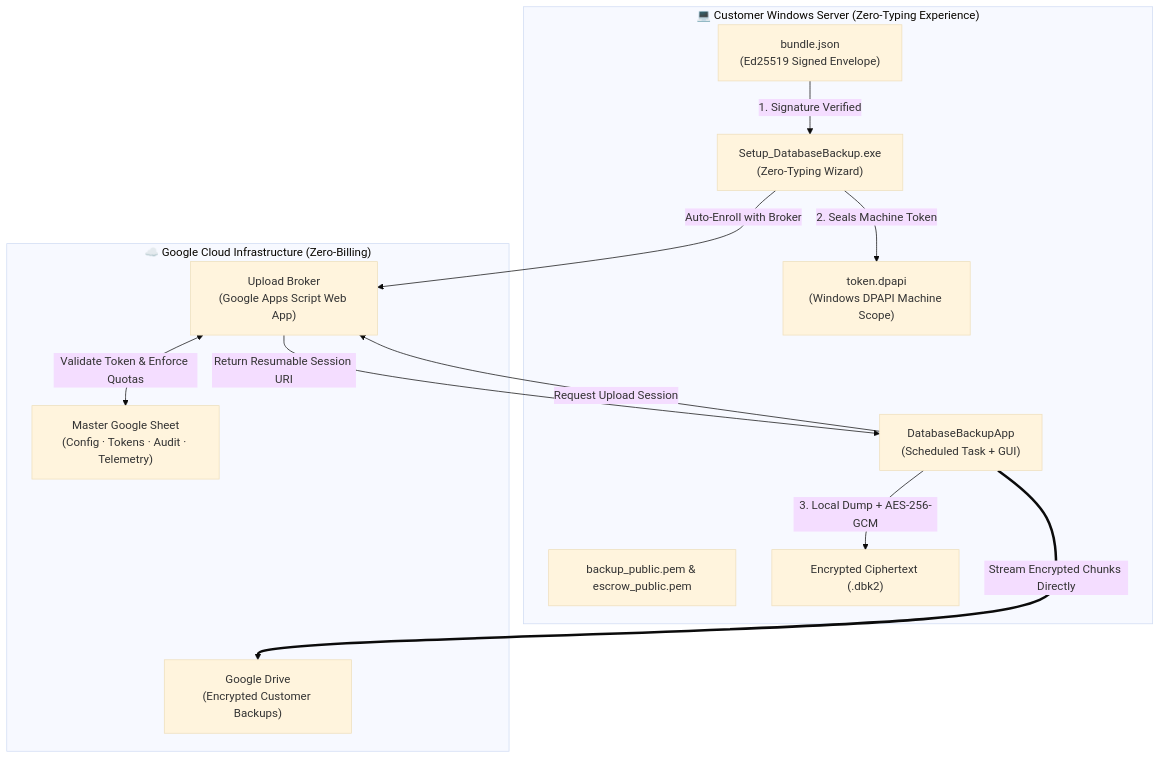
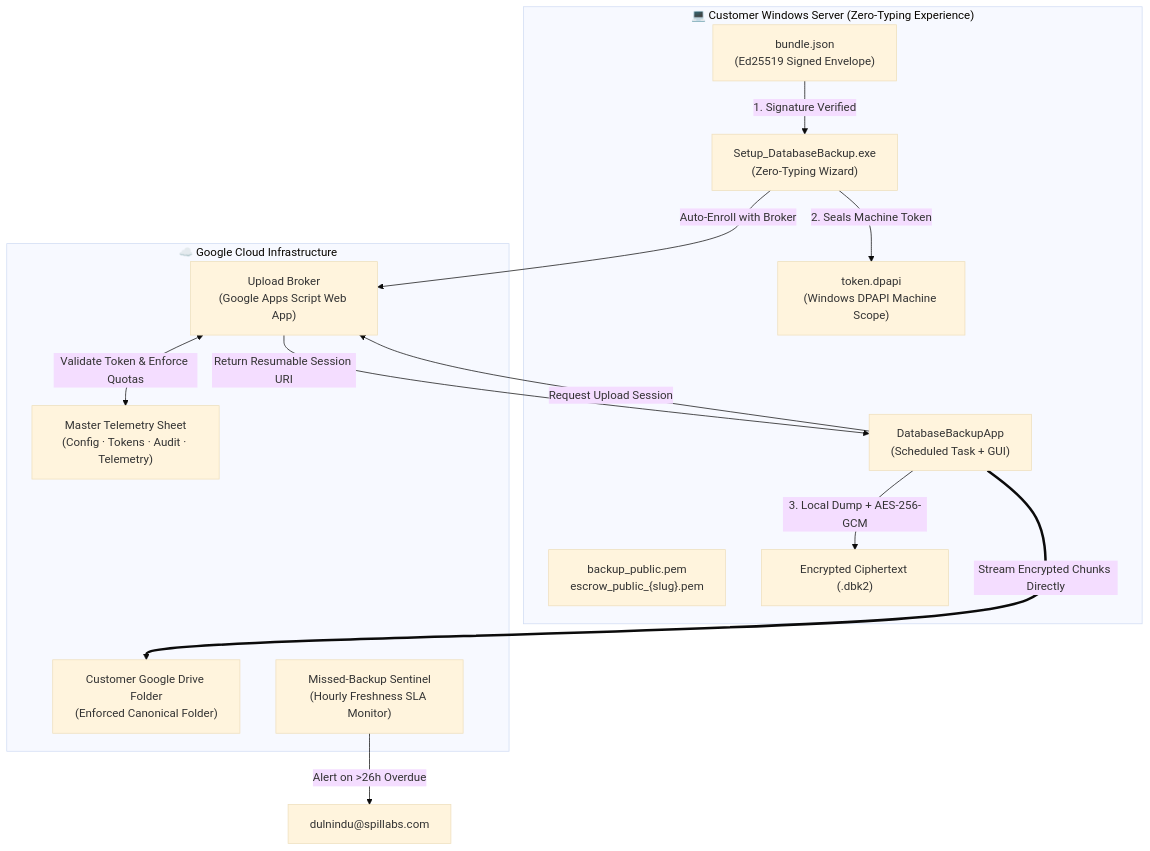
One commit to dulnindu123/Database-Backup-Automation changed the diagram in USER_GUIDE.md. Above: the diagram before and after it, drawn with Mermaid (base theme). The commit also changed other lines of this file and 18 other files, not shown here.

````diff
--- a/USER_GUIDE.md
+++ b/USER_GUIDE.md
@@ -28,25 +29,28 @@
 ```mermaid
 flowchart TD
-    subgraph ClientPC["💻 Customer Windows Server (Zero-Typing Experience)"]
+    subgraph ClientPC ["💻 Customer Windows Server (Zero-Typing Experience)"]
         Manifest["bundle.json\n(Ed25519 Signed Envelope)"]
         Installer["Setup_DatabaseBackup.exe\n(Zero-Typing Wizard)"]
         App["DatabaseBackupApp\n(Scheduled Task + GUI)"]
         Token["token.dpapi\n(Windows DPAPI Machine Scope)"]
-        PubKey["backup_public.pem & escrow_public.pem"]
+        PubKey["backup_public.pem\nescrow_public_{slug}.pem"]
+        
         Manifest -->|1. Signature Verified| Installer
         Installer -->|2. Seals Machine Token| Token
         App -->|3. Local Dump + AES-256-GCM| DBK2["Encrypted Ciphertext (.dbk2)"]
     end
 
-    subgraph BrokerCloud["☁️ Google Cloud Infrastructure (Zero-Billing)"]
+    subgraph BrokerCloud ["☁️ Google Cloud Infrastructure"]
         UploadBroker["Upload Broker\n(Google Apps Script Web App)"]
-        Drive["Google Drive\n(Encrypted Customer Backups)"]
-        Sheets["Master Google Sheet\n(Config · Tokens · Audit · Telemetry)"]
+        Drive["Customer Google Drive Folder\n(Enforced Canonical Folder)"]
+        Sheets["Master Telemetry Sheet\n(Config · Tokens · Audit · Telemetry)"]
+        Sentinel["Missed-Backup Sentinel\n(Hourly Freshness SLA Monitor)"]
     end
 
     Installer -->|Auto-Enroll with Broker| UploadBroker
     UploadBroker <-->|Validate Token & Enforce Quotas| Sheets
     App -->|Request Upload Session| UploadBroker
     UploadBroker -->|Return Resumable Session URI| App
     App ===>|Stream Encrypted Chunks Directly| Drive
+    Sentinel -->|Alert on >26h Overdue| ITAdmin["dulnindu@spillabs.com"]
 ```
````
